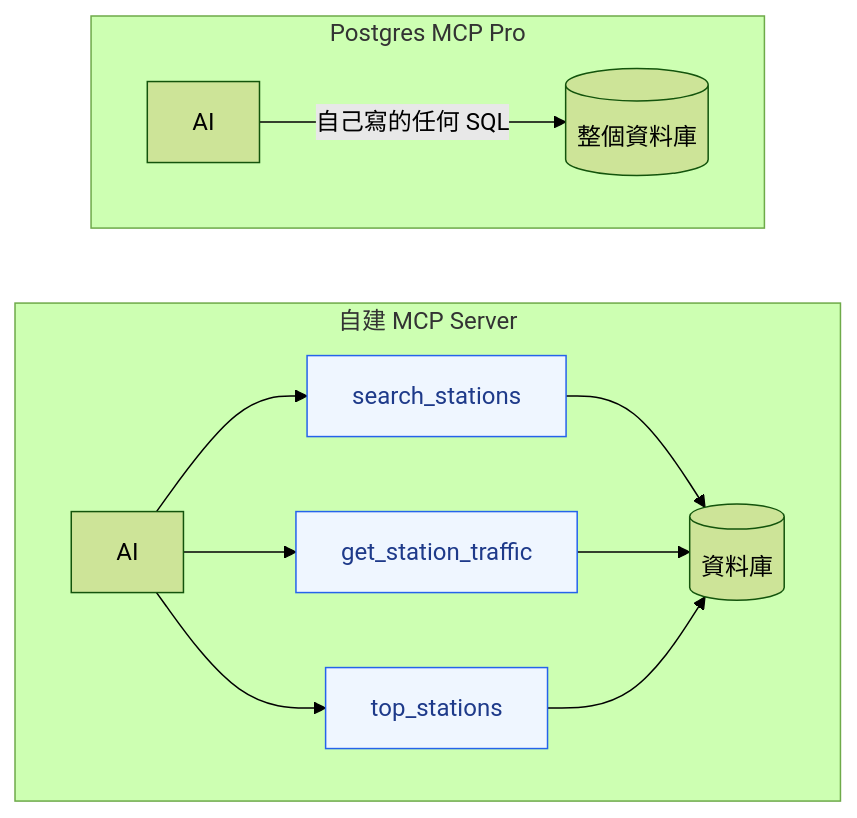
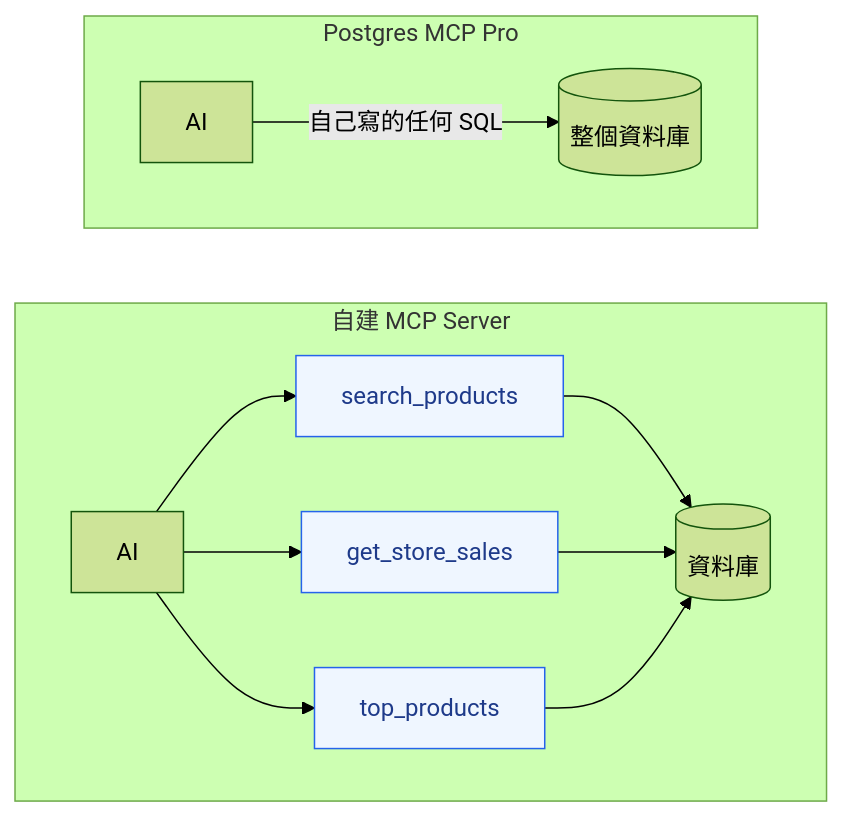
One commit to roberthsu2003/postgreSQL_MCP changed the second of 3 diagrams in mcp_server/1_用AI建立MCP_server/README.md. Above: the diagram before and after it, drawn with Mermaid (forest theme). The commit also changed other lines of this file and 67 other files, not shown here.

````diff
--- a/mcp_server/1_用AI建立MCP_server/README.md
+++ b/mcp_server/1_用AI建立MCP_server/README.md
@@ -56,16 +56,16 @@
 ```mermaid
 flowchart LR
     subgraph B["自建 MCP Server"]
         direction LR
-        AI2["AI"] --> T1["search_stations"] --> DB2[("資料庫")]
-        AI2 --> T2["get_station_traffic"] --> DB2
-        AI2 --> T3["top_stations"] --> DB2
+        AI2["AI"] --> T1["search_products"] --> DB2[("資料庫")]
+        AI2 --> T2["get_store_sales"] --> DB2
+        AI2 --> T3["top_products"] --> DB2
     end
     subgraph A["Postgres MCP Pro"]
         direction LR
         AI1["AI"] -->|"自己寫的任何 SQL"| DB1[("整個資料庫")]
     end
 
     classDef tool fill:#eff6ff,stroke:#2563eb,color:#1e3a8a
     class T1,T2,T3 tool
 ```
````
